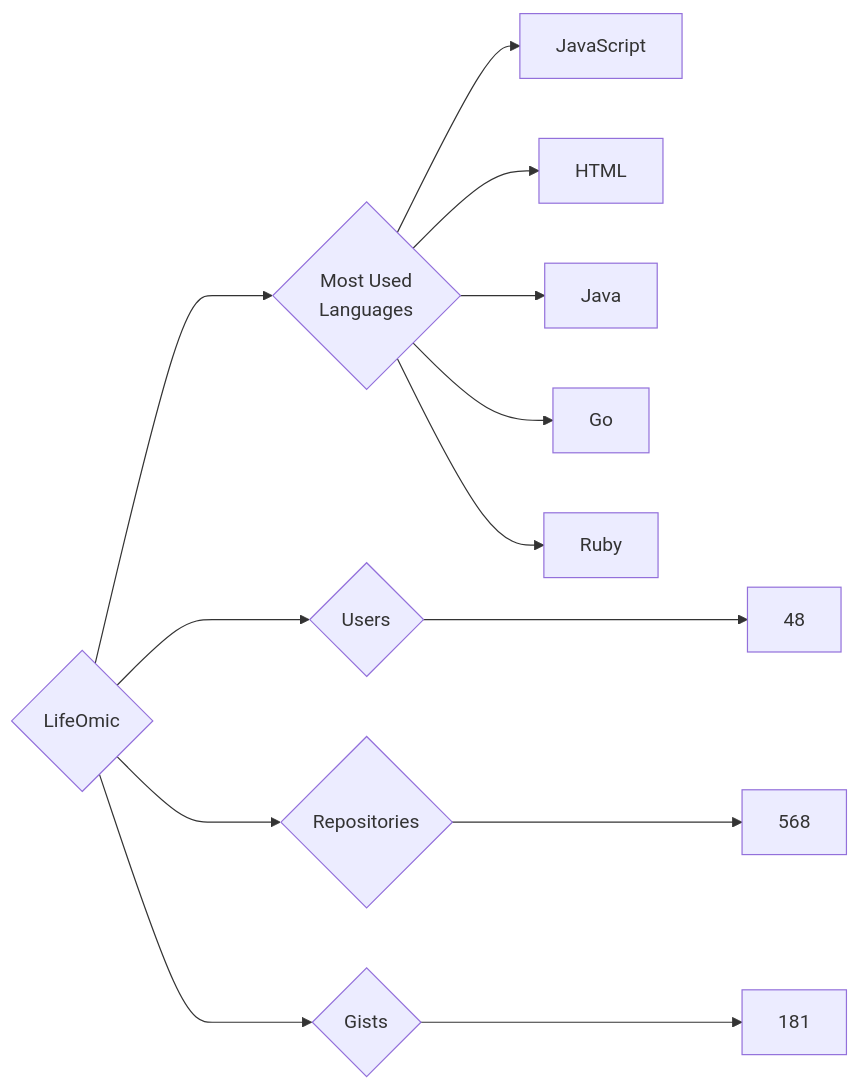
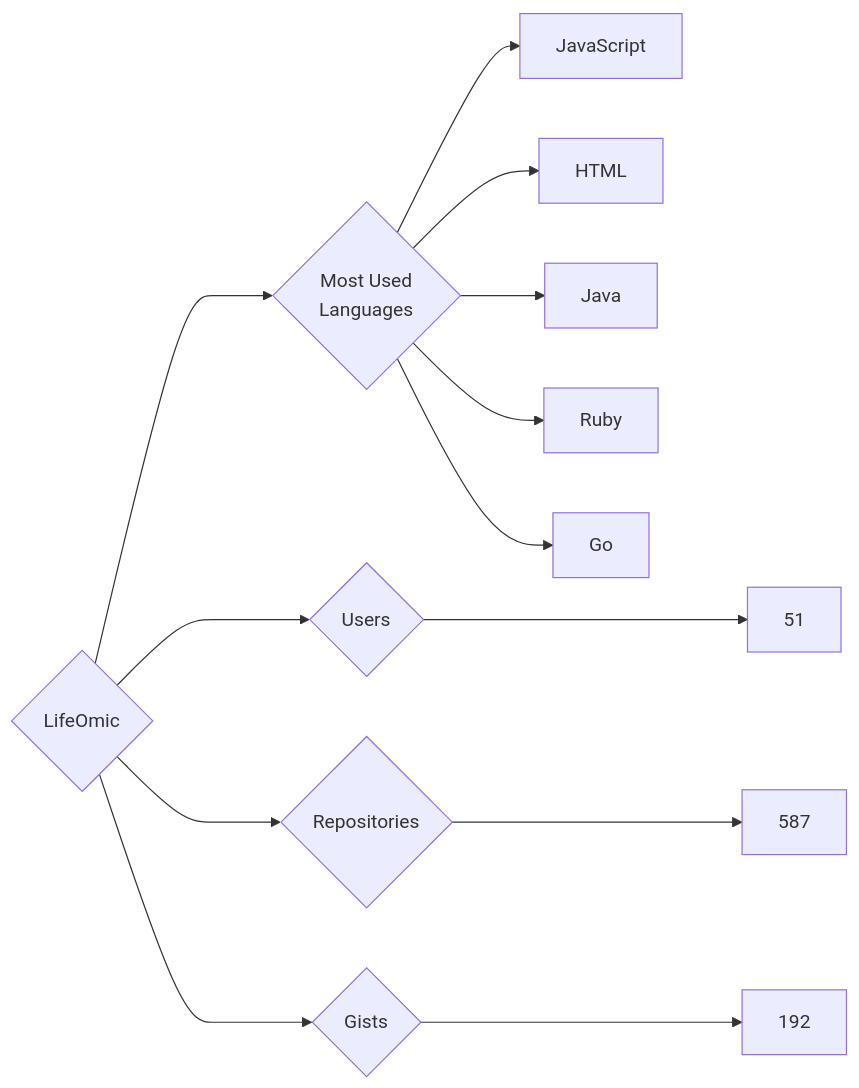
Before and after one commit to trickest/insiders: the diagram in targets/LifeOmic/README.md, drawn with Mermaid. The commit also changed 871 other files, not shown here.

````diff
--- a/targets/LifeOmic/README.md
+++ b/targets/LifeOmic/README.md
@@ -3,13 +3,13 @@
 ```mermaid
 graph LR
 COMPANY_NAME{LifeOmic}
-COMPANY_NAME ---> U{Users} ---> UN[48]
-COMPANY_NAME ---> R{Repositories} ---> RN[568]
-COMPANY_NAME ---> G{Gists} ---> GN[181]
+COMPANY_NAME ---> U{Users} ---> UN[51]
+COMPANY_NAME ---> R{Repositories} ---> RN[587]
+COMPANY_NAME ---> G{Gists} ---> GN[192]
 COMPANY_NAME ---> ML{Most Used<br>Languages}
 ML --> JavaScript[JavaScript]
 ML --> HTML[HTML]
 ML --> Java[Java]
+ML --> Ruby[Ruby]
 ML --> Go[Go]
-ML --> Ruby[Ruby]
 ```
````
